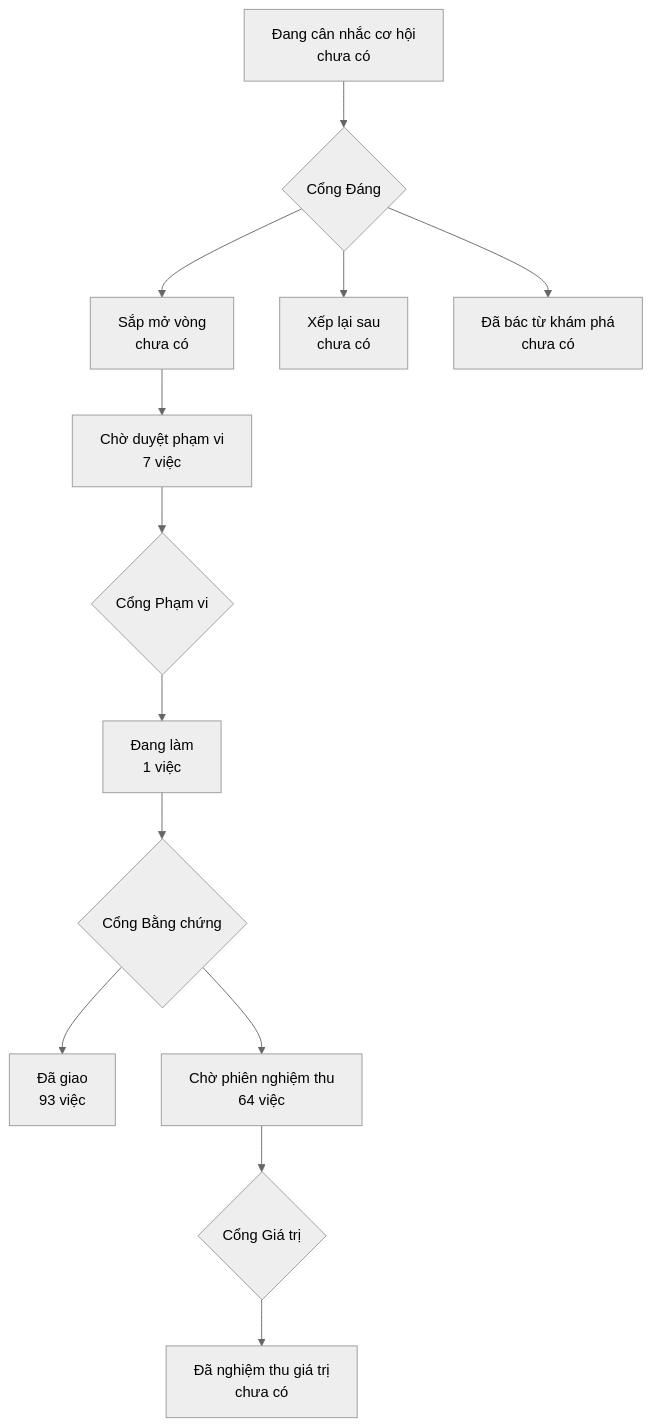
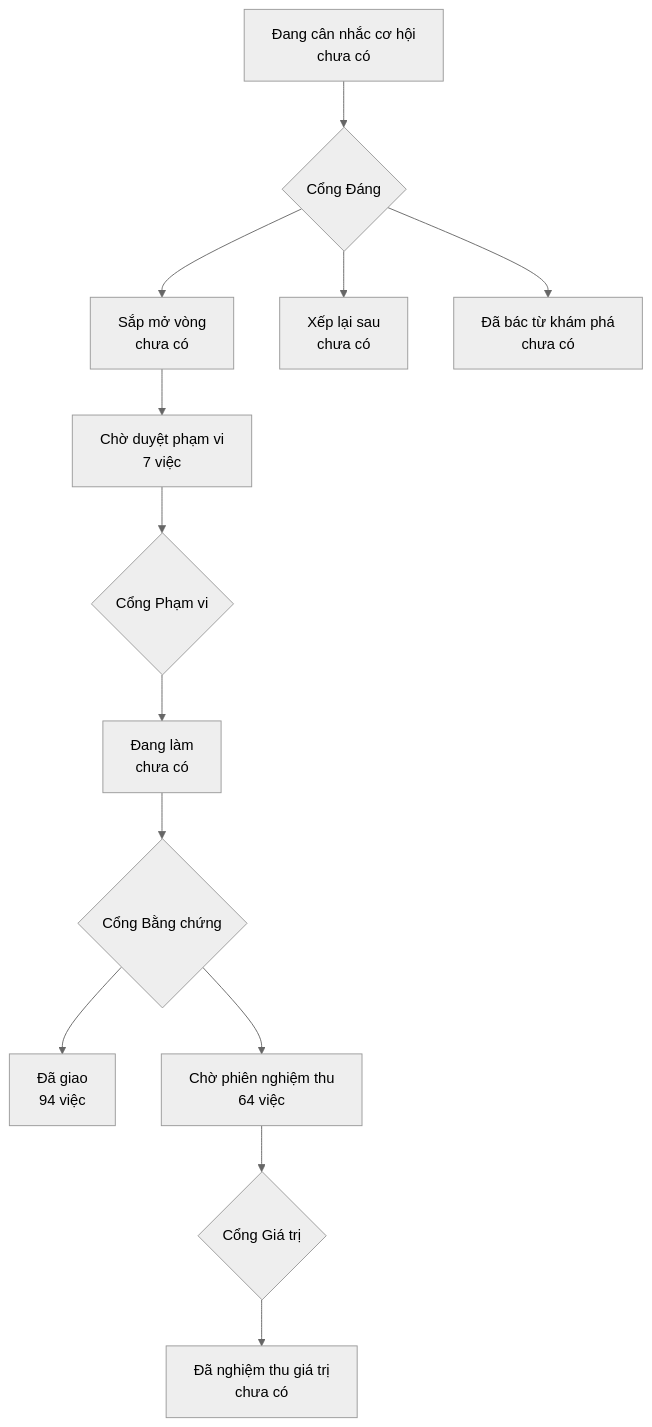
One commit to phanlemanh/onehub-invest changed the diagram in PRODUCT-MAP.md. Above: the diagram before and after it, drawn with Mermaid (neutral theme). The commit also changed other lines of this file and 6 other files, not shown here.

````diff
--- a/PRODUCT-MAP.md
+++ b/PRODUCT-MAP.md
@@ -7,12 +7,12 @@
 ```mermaid
 flowchart TD
   A["Đang cân nhắc cơ hội<br/>chưa có"] --> GD{"Cổng Đáng"}
   GD --> B["Sắp mở vòng<br/>chưa có"]
   GD --> XL["Xếp lại sau<br/>chưa có"]
   GD --> DB["Đã bác từ khám phá<br/>chưa có"]
   B --> CD["Chờ duyệt phạm vi<br/>7 việc"] --> GP{"Cổng Phạm vi"}
-  GP --> DL["Đang làm<br/>1 việc"] --> GB{"Cổng Bằng chứng"}
-  GB --> DG["Đã giao<br/>93 việc"]
+  GP --> DL["Đang làm<br/>chưa có"] --> GB{"Cổng Bằng chứng"}
+  GB --> DG["Đã giao<br/>94 việc"]
   GB --> CN["Chờ phiên nghiệm thu<br/>64 việc"] --> GG{"Cổng Giá trị"}
   GG --> NT["Đã nghiệm thu giá trị<br/>chưa có"]
 ```
````
